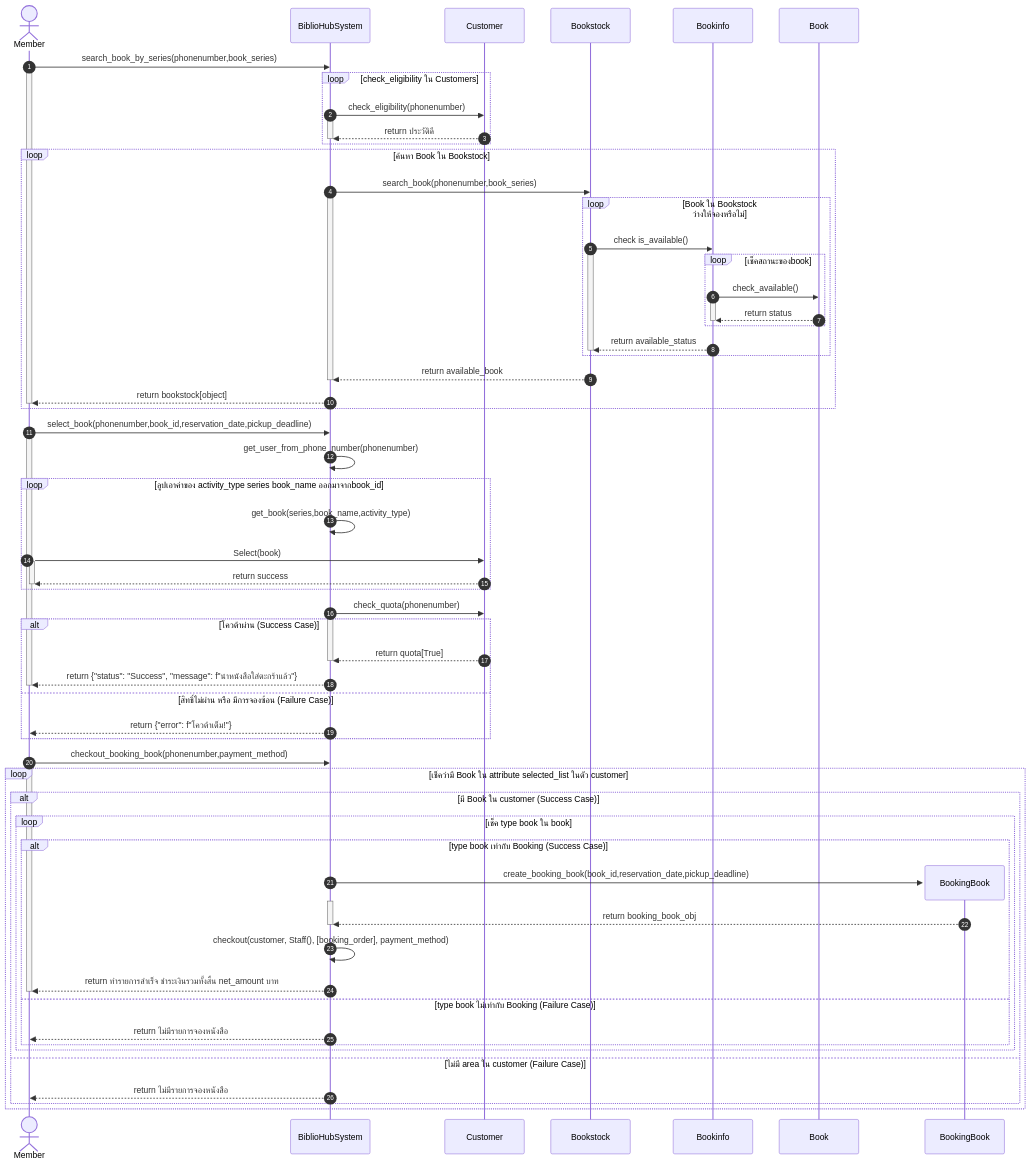
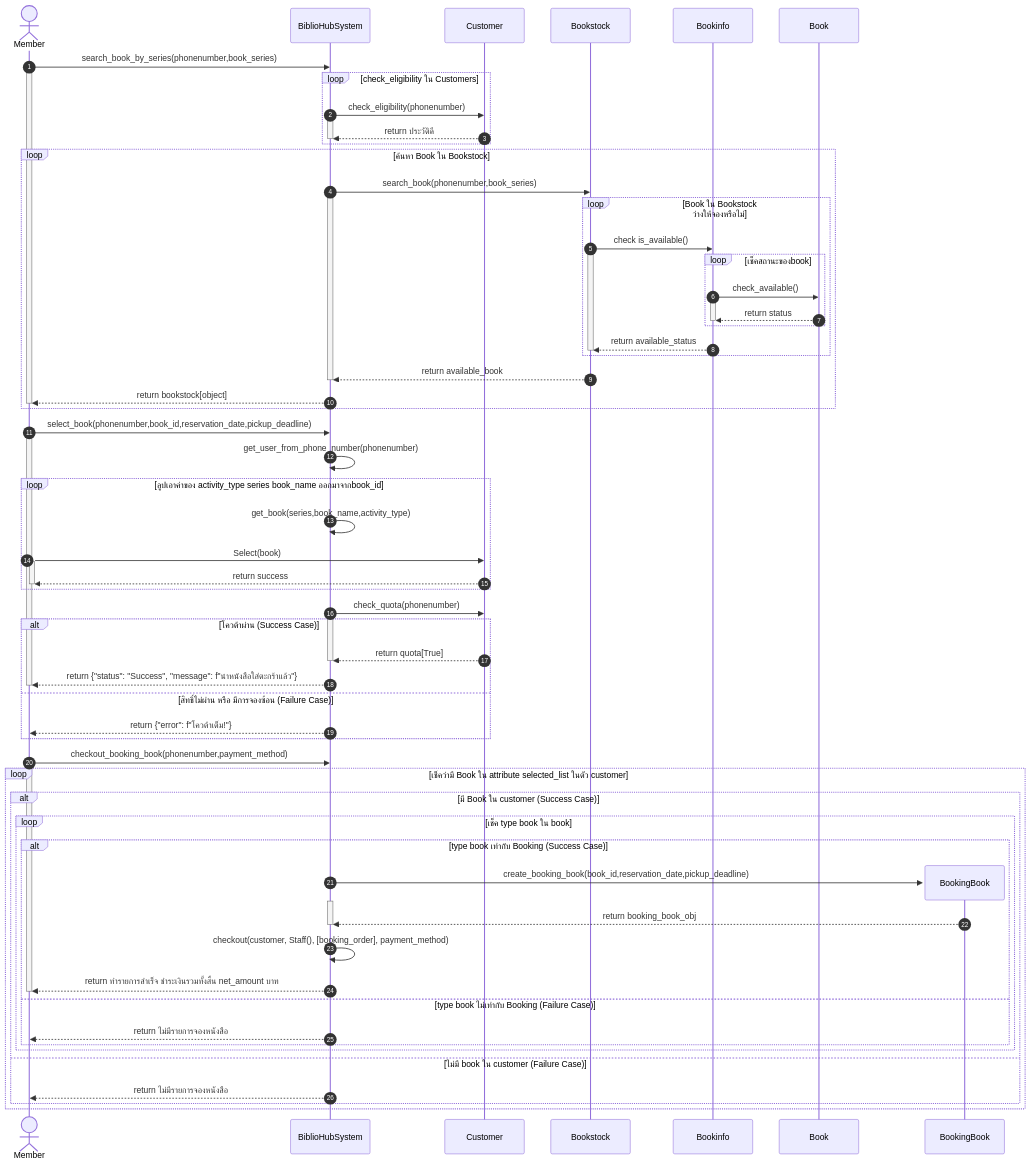
Before and after one commit to NadtaphumBadkhunthod/OOP: the diagram in mermaid/seq_booking_book.mmd, drawn with Mermaid. The commit also changed 9 other files, not shown here.

```diff
--- a/mermaid/seq_booking_book.mmd
+++ b/mermaid/seq_booking_book.mmd
@@ -1,83 +1,83 @@
 sequenceDiagram
     autonumber
     actor Member as Member
     participant System as BiblioHubSystem
     participant Customers as Customer   
     participant Bookstock as Bookstock 
     participant Bookinfo as Bookinfo 
     participant Book as Book
 
 
     Member->>System: search_book_by_series(phonenumber,book_series)
     activate Member
     loop check_eligibility ใน Customers
         System->>Customers: check_eligibility(phonenumber)
         activate System
         Customers-->>System: return ประวัติดี
         deactivate System
     end
     loop ค้นหา Book ใน Bookstock
         System->>Bookstock: search_book(phonenumber,book_series)
         activate System
         loop  Book ใน Bookstock ว่างให้จองหรือไม่
             Bookstock->>Bookinfo: check is_available()
             activate Bookstock
             loop เช็คสถานะของbook
                 
                 Bookinfo->>Book: check_available()
                 activate Bookinfo
                 Book-->>Bookinfo: return status
                 deactivate Bookinfo
                 
             end
             Bookinfo-->>Bookstock:return available_status
             deactivate Bookstock
         end
         Bookstock-->>System: return available_book
         deactivate System
         System-->>Member: return bookstock[object]
         deactivate Member
     end
     Member->>System: select_book(phonenumber,book_id,reservation_date,pickup_deadline)
     activate Member
     System->>System: get_user_from_phone_number(phonenumber)
     loop ลูปเอาค่าของ activity_type series book_name ออกมาจากbook_id
         System->>System: get_book(series,book_name,activity_type)
         Member->>Customers:Select(book)
         activate Member
         Customers-->>Member:return success
         deactivate Member
     end
     System->>Customers: check_quota(phonenumber)
     activate System
     alt โควต้าผ่าน (Success Case)
         Customers-->>System: return quota[True]
         deactivate System
         System-->>Member: return {"status": "Success", "message": f"นำหนังสือใส่ตะกร้าแล้ว"}
         deactivate Member
     else สิทธิ์ไม่ผ่าน หรือ มีการจองซ้อน (Failure Case)
         System-->>Member: return {"error": f"โควต้าเต็ม!"}
     end
 
     Member->>System: checkout_booking_book(phonenumber,payment_method)
     activate Member
     loop เช็คว่ามี Book ใน attribute selected_list ในตัว customer
         alt มี Book ใน customer (Success Case)
             loop เช็ค type book ใน book
                 alt type book เท่ากับ Booking (Success Case)
                     create participant BB as BookingBook
                     System->>BB:create_booking_book(book_id,reservation_date,pickup_deadline)
                     activate System
                     BB -->>System:return booking_book_obj
                     deactivate System
                     System->>System:checkout(customer, Staff(), [booking_order], payment_method)
                     System-->>Member:return ทำรายการสำเร็จ ชำระเงินรวมทั้งสิ้น net_amount บาท
                     deactivate Member
                 else type book ไม่เท่ากับ Booking (Failure Case)
                     System-->>Member: return ไม่มีรายการจองหนังสือ
                 end
             end
-        else ไม่มี area ใน customer (Failure Case)
+        else ไม่มี book ใน customer (Failure Case)
             System-->>Member: return ไม่มีรายการจองหนังสือ
         end
     end
```
